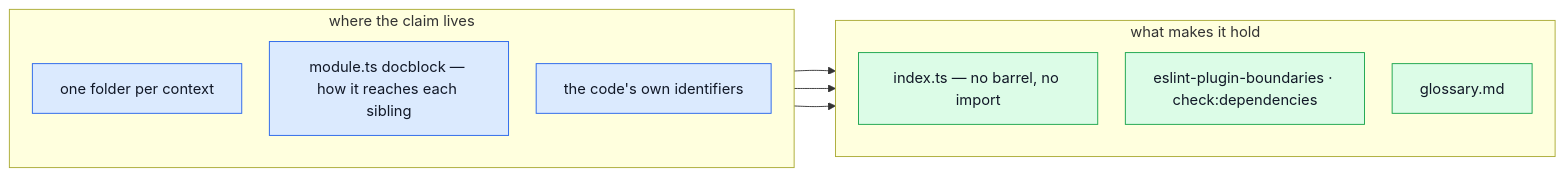
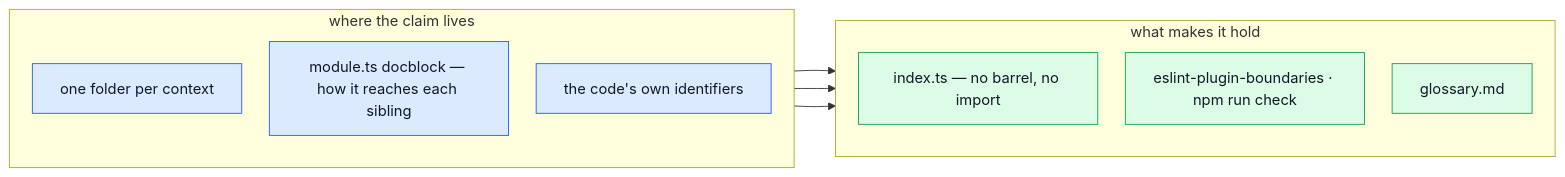
Before and after one commit to Guebbit/boilerplate-node-backend: the diagram in docs/theory/strategic-ddd.md, drawn with Mermaid. The commit also changed other lines of this file and 112 other files, not shown here.

````diff
--- a/docs/theory/strategic-ddd.md
+++ b/docs/theory/strategic-ddd.md
@@ -31,24 +31,24 @@
 ```mermaid
 %%{init: {'flowchart': {'nodeSpacing': 30, 'rankSpacing': 45}}}%%
 flowchart LR
     subgraph C["where the claim lives"]
         direction TB
         F["one folder per context"]
         DB["module.ts docblock — how it reaches each sibling"]
         ID["the code's own identifiers"]
     end
     subgraph E["what makes it hold"]
         direction TB
         B["index.ts — no barrel, no import"]
-        EL["eslint-plugin-boundaries · check:dependencies"]
+        EL["eslint-plugin-boundaries · npm run check"]
         G["glossary.md"]
     end
     F --> B
     DB --> EL
     ID --> G
 
     classDef claim fill:#dbeafe,stroke:#2563eb,color:#111827;
     classDef check fill:#dcfce7,stroke:#16a34a,color:#111827;
     class F,DB,ID claim;
     class B,EL,G check;
 ```
````
